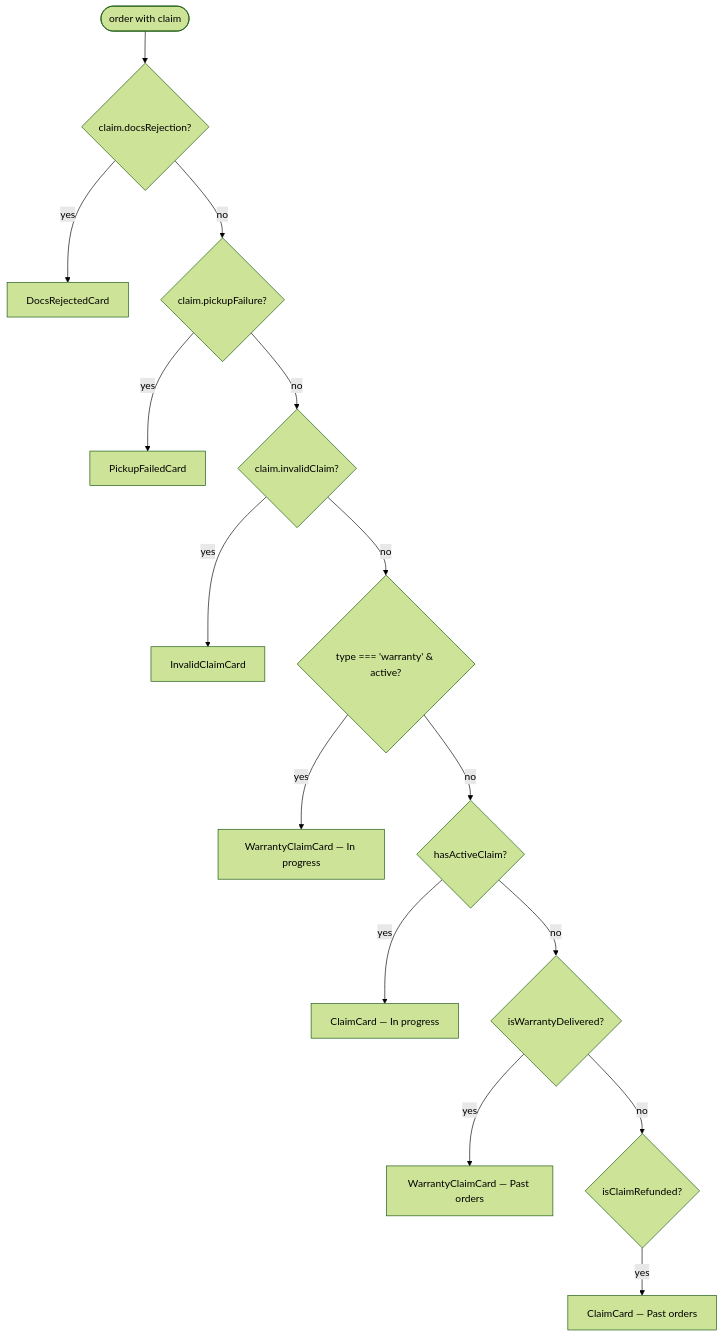
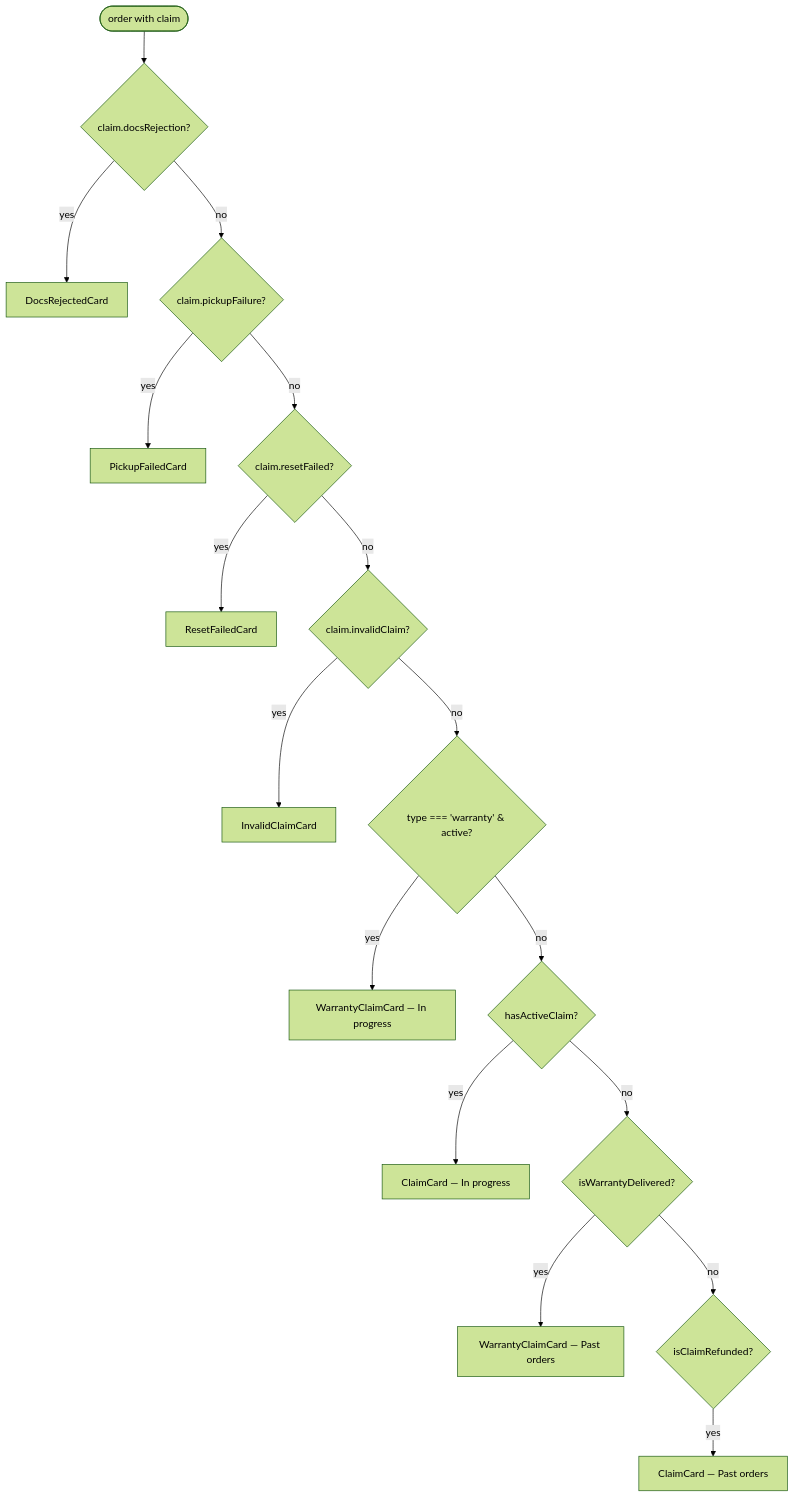
One commit to andrea-revibe/my-account-redesign-v2 changed the second of 6 diagrams in docs/output/returns/claim_tracking.md. Above: the diagram before and after it, drawn with Mermaid (forest theme). The commit also changed other lines of this file and 8 other files, not shown here.

Commit message:
added the device not reset card to the journeys

````diff
--- a/docs/output/returns/claim_tracking.md
+++ b/docs/output/returns/claim_tracking.md
@@ -25,17 +25,19 @@
 ```mermaid
 flowchart TD
   start([order with claim]) --> q1{claim.docsRejection?}
   q1 -->|yes| docs[DocsRejectedCard]
   q1 -->|no| q2{claim.pickupFailure?}
   q2 -->|yes| pickup[PickupFailedCard]
-  q2 -->|no| q3{claim.invalidClaim?}
-  q3 -->|yes| invalid[InvalidClaimCard]
-  q3 -->|no| q4{type === 'warranty' &amp; active?}
-  q4 -->|yes| warranty[WarrantyClaimCard — In progress]
-  q4 -->|no| q5{hasActiveClaim?}
-  q5 -->|yes| baseline[ClaimCard — In progress]
-  q5 -->|no| q6{isWarrantyDelivered?}
-  q6 -->|yes| warrantyPast[WarrantyClaimCard — Past orders]
-  q6 -->|no| q7{isClaimRefunded?}
-  q7 -->|yes| past[ClaimCard — Past orders]
+  q2 -->|no| q3{claim.resetFailed?}
+  q3 -->|yes| reset[ResetFailedCard]
+  q3 -->|no| q4{claim.invalidClaim?}
+  q4 -->|yes| invalid[InvalidClaimCard]
+  q4 -->|no| q5{type === 'warranty' &amp; active?}
+  q5 -->|yes| warranty[WarrantyClaimCard — In progress]
+  q5 -->|no| q6{hasActiveClaim?}
+  q6 -->|yes| baseline[ClaimCard — In progress]
+  q6 -->|no| q7{isWarrantyDelivered?}
+  q7 -->|yes| warrantyPast[WarrantyClaimCard — Past orders]
+  q7 -->|no| q8{isClaimRefunded?}
+  q8 -->|yes| past[ClaimCard — Past orders]
 ```
````
